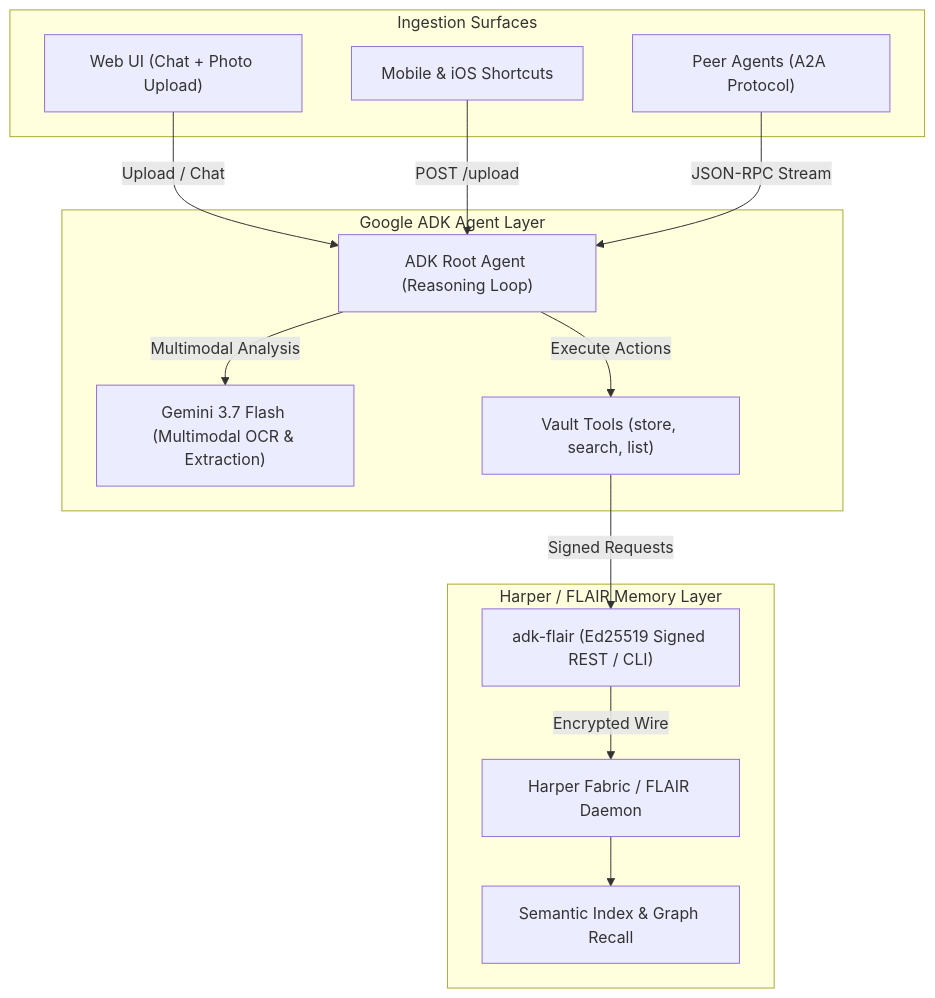
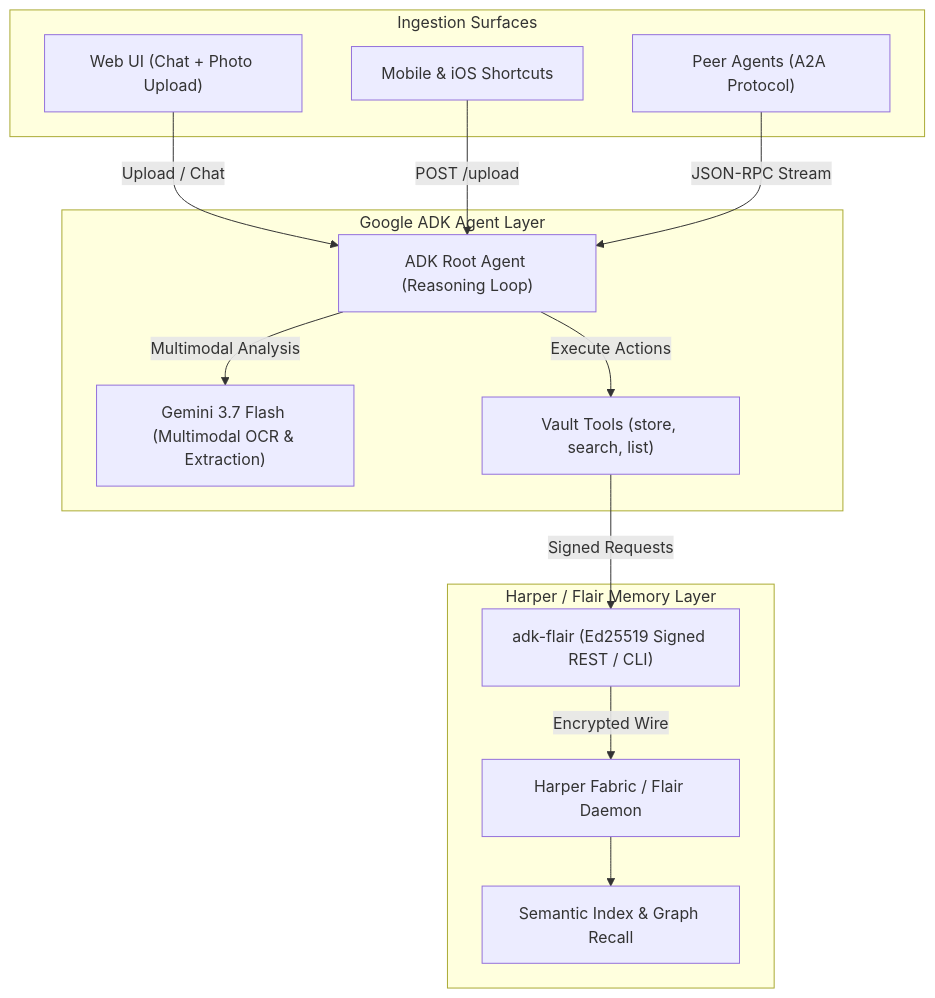
One commit to heskew/visual-memory-vault changed the diagram in README.md. Above: the diagram before and after it, drawn with Mermaid. The commit also changed other lines of this file and 6 other files, not shown here.

````diff
--- a/README.md
+++ b/README.md
@@ -39,30 +39,30 @@
 ```mermaid
 flowchart TD
     subgraph Capture["Ingestion Surfaces"]
         Web["Web UI (Chat + Photo Upload)"]
         iOS["Mobile & iOS Shortcuts"]
         A2A["Peer Agents (A2A Protocol)"]
     end
 
     subgraph ADK["Google ADK Agent Layer"]
         Gemini["Gemini 3.7 Flash (Multimodal OCR & Extraction)"]
         Agent["ADK Root Agent (Reasoning Loop)"]
         Tools["Vault Tools (store, search, list)"]
     end
 
-    subgraph Harper["Harper / FLAIR Memory Layer"]
+    subgraph Harper["Harper / Flair Memory Layer"]
         Adapter["adk-flair (Ed25519 Signed REST / CLI)"]
-        Daemon["Harper Fabric / FLAIR Daemon"]
+        Daemon["Harper Fabric / Flair Daemon"]
         Vector["Semantic Index & Graph Recall"]
     end
 
     Web -->|Upload / Chat| Agent
     iOS -->|POST /upload| Agent
     A2A -->|JSON-RPC Stream| Agent
 
     Agent -->|Multimodal Analysis| Gemini
     Agent -->|Execute Actions| Tools
     Tools -->|Signed Requests| Adapter
     Adapter -->|Encrypted Wire| Daemon
     Daemon --> Vector
 ```
````
